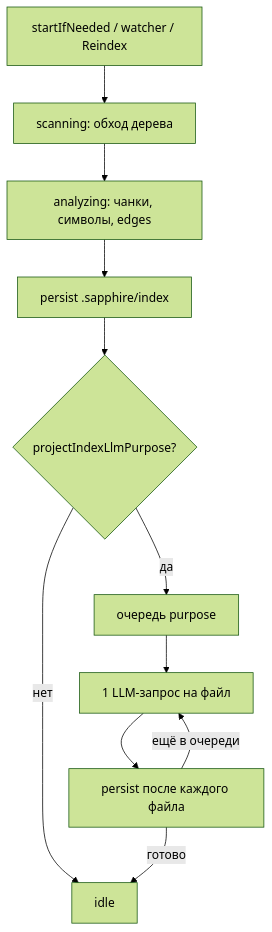
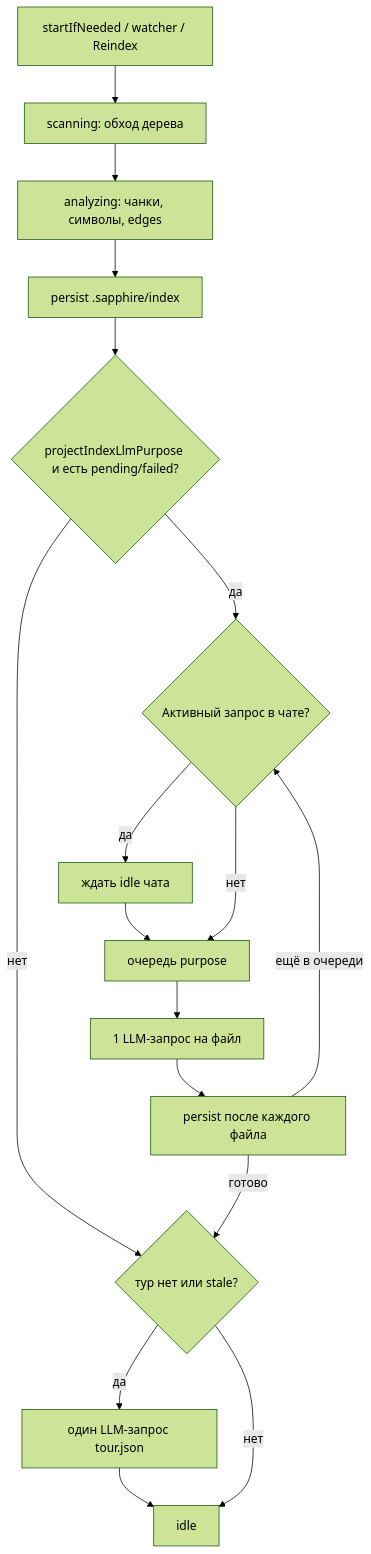
The diagram in docs/architecture/project-index.md (shamilfrontend/sapphire), drawn with Mermaid (forest theme) before and after one commit. The commit also changed other lines of this file and 282 other files, not shown here.

````diff
--- a/docs/architecture/project-index.md
+++ b/docs/architecture/project-index.md
@@ -9,17 +9,26 @@
 ```mermaid
 flowchart TD
   Start[startIfNeeded / watcher / Reindex]
   Scan[scanning: обход дерева]
   Analyze[analyzing: чанки, символы, edges]
   Persist1[persist .sapphire/index]
-  Purpose{projectIndexLlmPurpose?}
+  Purpose{projectIndexLlmPurpose и есть pending/failed?}
+  Chat{Активный запрос в чате?}
+  Wait[ждать idle чата]
   Queue[очередь purpose]
   LLM[1 LLM-запрос на файл]
   Persist2[persist после каждого файла]
+  Tour{тур нет или stale?}
+  GenTour[один LLM-запрос tour.json]
   Idle[idle]
   Start --> Scan --> Analyze --> Persist1 --> Purpose
-  Purpose -->|нет| Idle
-  Purpose -->|да| Queue --> LLM --> Persist2
-  Persist2 -->|ещё в очереди| LLM
-  Persist2 -->|готово| Idle
+  Purpose -->|нет| Tour
+  Purpose -->|да| Chat
+  Chat -->|да| Wait --> Queue
+  Chat -->|нет| Queue
+  Queue --> LLM --> Persist2
+  Persist2 -->|ещё в очереди| Chat
+  Persist2 -->|готово| Tour
+  Tour -->|да| GenTour --> Idle
+  Tour -->|нет| Idle
 ```
````
